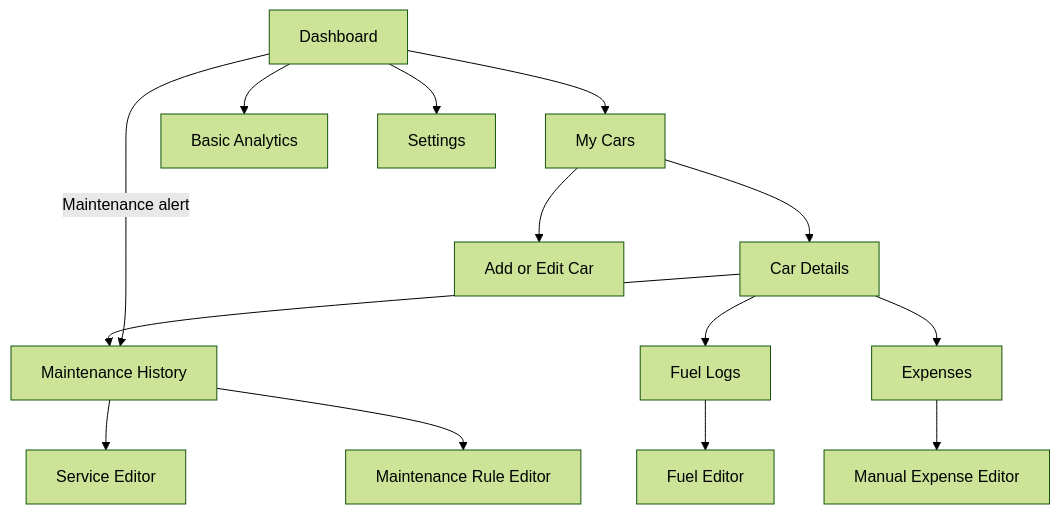
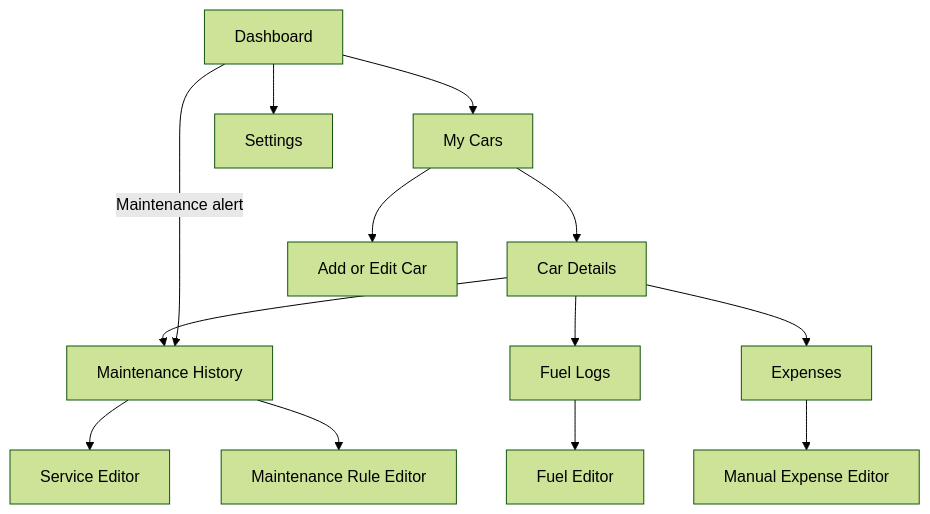
The second of 2 diagrams in docs/project-knowledge/Overview.md (AaronArada11/Corsa), drawn with Mermaid (forest theme) before and after one commit. The commit also changed other lines of this file and 31 other files, not shown here.

````diff
--- a/docs/project-knowledge/Overview.md
+++ b/docs/project-knowledge/Overview.md
@@ -144,16 +144,15 @@
 ```mermaid
 flowchart TD
     DASH[Dashboard] --> CARS[My Cars]
     CARS --> CAR[Car Details]
     CARS --> EDIT[Add or Edit Car]
     CAR --> MAINT[Maintenance History]
     MAINT --> SERVICE[Service Editor]
     MAINT --> RULES[Maintenance Rule Editor]
     CAR --> FUEL[Fuel Logs]
     FUEL --> FEDIT[Fuel Editor]
     CAR --> EXP[Expenses]
     EXP --> EEDIT[Manual Expense Editor]
-    DASH --> ANALYTICS[Basic Analytics]
     DASH --> SETTINGS[Settings]
     DASH -->|Maintenance alert| MAINT
 ```
````
